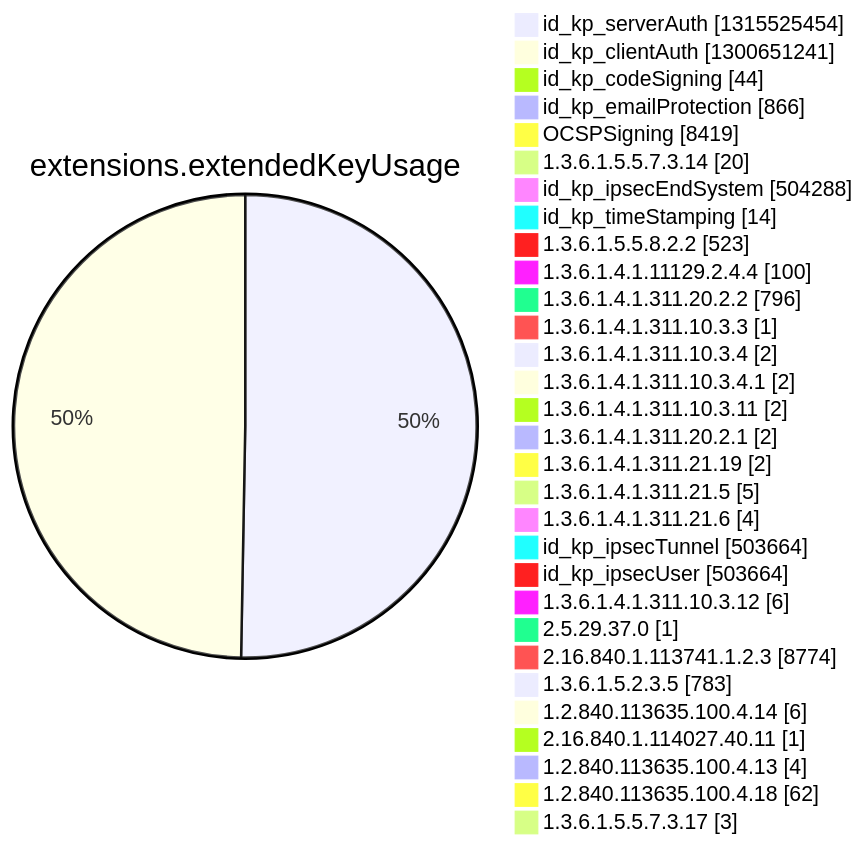
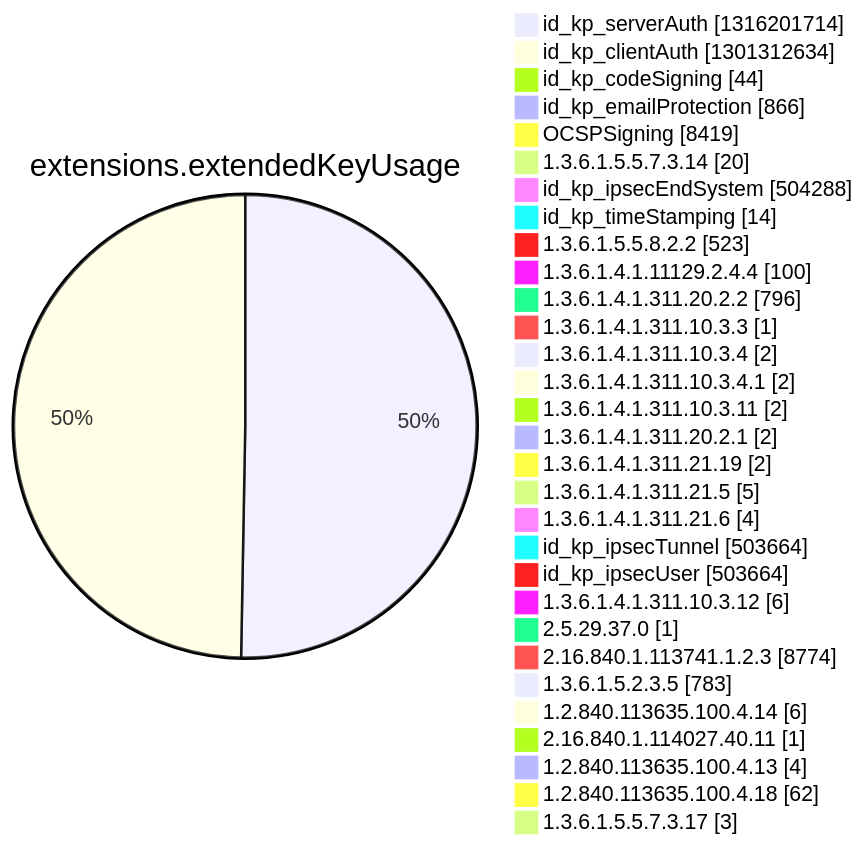
One commit to christiankrug/ctmonitor_visualization changed diagram 12 of 15 in argon2022/README.md. Above: the diagram before and after it, drawn with Mermaid. The commit also changed other lines of this file, not shown here.

````diff
--- a/argon2022/README.md
+++ b/argon2022/README.md
@@ -3552,34 +3552,34 @@
 ```mermaid
 pie showData
 title extensions.extendedKeyUsage
-"id_kp_serverAuth" :1315525454
-"id_kp_clientAuth" :1300651241
+"id_kp_serverAuth" :1316201714
+"id_kp_clientAuth" :1301312634
 "id_kp_codeSigning" :44
 "id_kp_emailProtection" :866
 "OCSPSigning" :8419
 "1.3.6.1.5.5.7.3.14" :20
 "id_kp_ipsecEndSystem" :504288
 "id_kp_timeStamping" :14
 "1.3.6.1.5.5.8.2.2" :523
 "1.3.6.1.4.1.11129.2.4.4" :100
 "1.3.6.1.4.1.311.20.2.2" :796
 "1.3.6.1.4.1.311.10.3.3" :1
 "1.3.6.1.4.1.311.10.3.4" :2
 "1.3.6.1.4.1.311.10.3.4.1" :2
 "1.3.6.1.4.1.311.10.3.11" :2
 "1.3.6.1.4.1.311.20.2.1" :2
 "1.3.6.1.4.1.311.21.19" :2
 "1.3.6.1.4.1.311.21.5" :5
 "1.3.6.1.4.1.311.21.6" :4
 "id_kp_ipsecTunnel" :503664
 "id_kp_ipsecUser" :503664
 "1.3.6.1.4.1.311.10.3.12" :6
 "2.5.29.37.0" :1
 "2.16.840.1.113741.1.2.3" :8774
 "1.3.6.1.5.2.3.5" :783
 "1.2.840.113635.100.4.14" :6
 "2.16.840.1.114027.40.11" :1
 "1.2.840.113635.100.4.13" :4
 "1.2.840.113635.100.4.18" :62
 "1.3.6.1.5.5.7.3.17" :3
 ```
````
